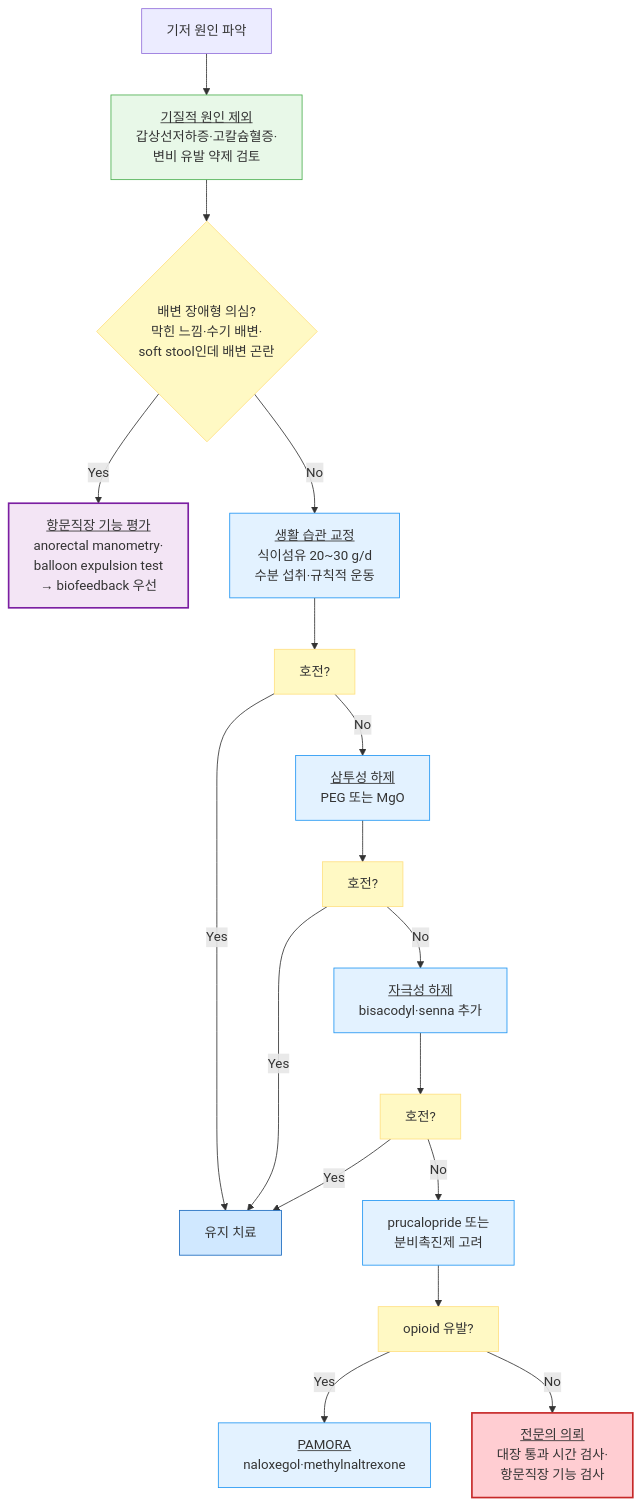
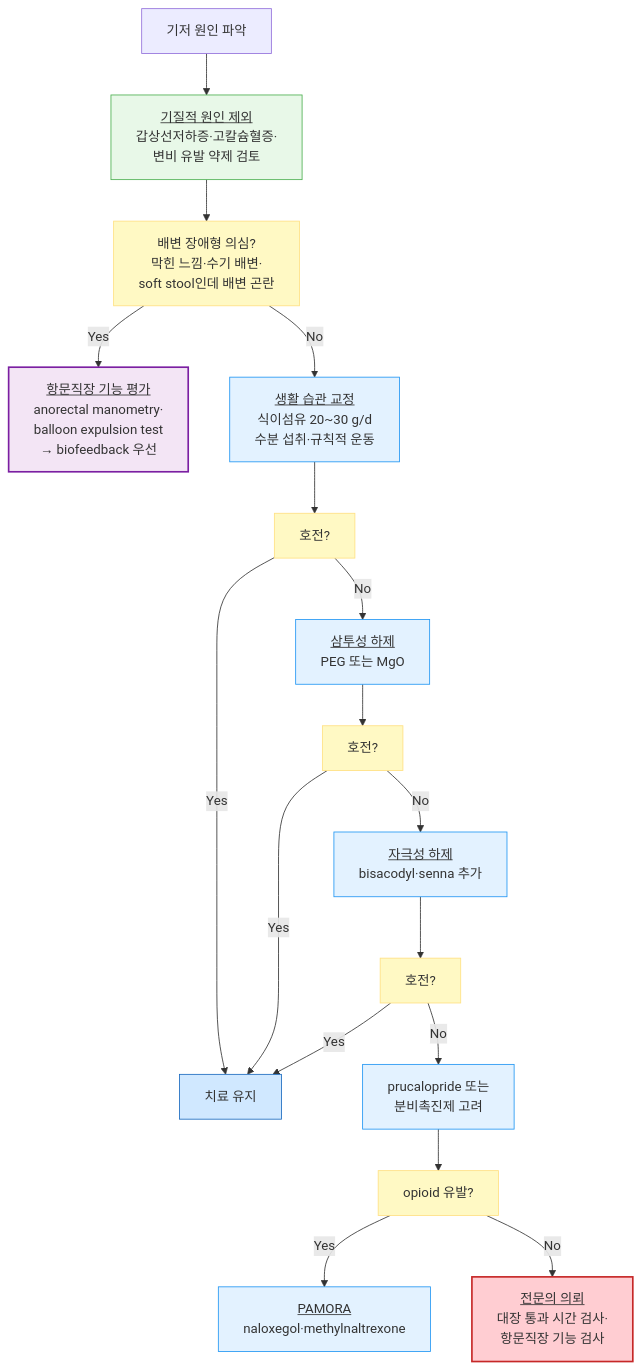
One commit to familyoh77/familyoh77 changed the diagram in 224_/082_-constipation.md. Above: the diagram before and after it, drawn with Mermaid. The commit also changed other lines of this file, not shown here.

````diff
--- a/224_/082_-constipation.md
+++ b/224_/082_-constipation.md
@@ -117,28 +111,28 @@
 ```mermaid
 graph TD
     B[기저 원인 파악]
     B --> C[<u>기질적 원인 제외</u><br/>갑상선저하증·고칼슘혈증·<br/>변비 유발 약제 검토]
-    C --> DYS{배변 장애형 의심?<br/>막힌 느낌·수기 배변·<br/>soft stool인데 배변 곤란}
+    C --> DYS[배변 장애형 의심?<br/>막힌 느낌·수기 배변·<br/>soft stool인데 배변 곤란]
     DYS -->|Yes| BF[<u>항문직장 기능 평가</u><br/>anorectal manometry·<br/>balloon expulsion test<br/>→ biofeedback 우선]
     DYS -->|No| D[<u>생활 습관 교정</u><br/>식이섬유 20~30 g/d<br/>수분 섭취·규칙적 운동]
     D --> E[호전?]
     E -->|No| F[<u>삼투성 하제</u><br/>PEG 또는 MgO]
-    E -->|Yes| Z[유지 치료]
+    E -->|Yes| Z[치료 유지]
     F --> G[호전?]
     G -->|No| H[<u>자극성 하제</u><br/>bisacodyl·senna 추가]
     G -->|Yes| Z
     H --> I[호전?]
     I -->|No| J[prucalopride 또는<br/>분비촉진제 고려]
     I -->|Yes| Z
     J --> K[opioid 유발?]
     K -->|Yes| L[<u>PAMORA</u><br/>naloxegol·methylnaltrexone]
     K -->|No| M[<u>전문의 의뢰</u><br/>대장 통과 시간 검사·<br/>항문직장 기능 검사]
 classDef yellow fill:#fff9c4,stroke:#ffe082
 class E,G,I,K,DYS yellow
 classDef sky fill:#e3f2ff,stroke:#2196f3
 class D,F,H,J,L sky
     style C fill:#e8f8e8,stroke:#4caf50
     style BF fill:#f3e5f5,stroke:#7b1fa2,stroke-width:2px
     style Z fill:#d0e8ff,stroke:#1a6abf
     style M fill:#ffcdd2,stroke:#c62828,stroke-width:2px
 ```
````
